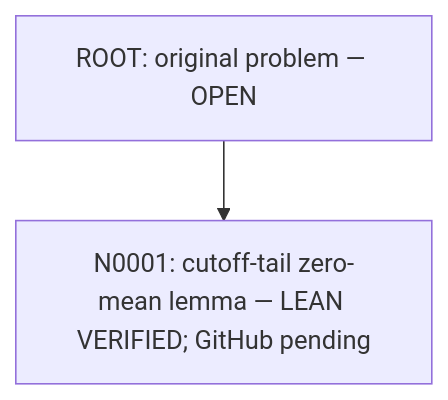
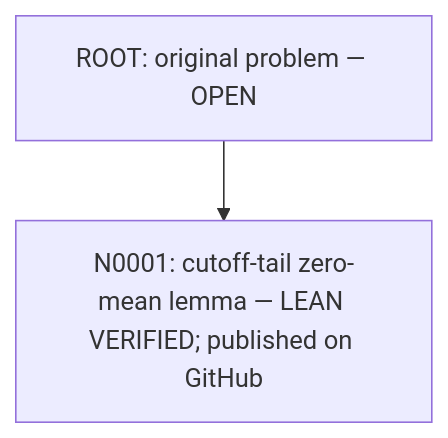
Before and after one commit to SongXin2357/xiong-fns-general-vacuum: the diagram in README.md, drawn with Mermaid. The commit also changed other lines of this file and 14 other files, not shown here.

Commit message:
Verify private GitHub publication and require complete dependency evidence

````diff
--- a/README.md
+++ b/README.md
@@ -9,4 +9,4 @@
 ```mermaid
 flowchart TD
- ROOT["ROOT: original problem — OPEN"] --> N0001["N0001: cutoff-tail zero-mean lemma — LEAN VERIFIED; GitHub pending"]
+ ROOT["ROOT: original problem — OPEN"] --> N0001["N0001: cutoff-tail zero-mean lemma — LEAN VERIFIED; published on GitHub"]
 ```
````
